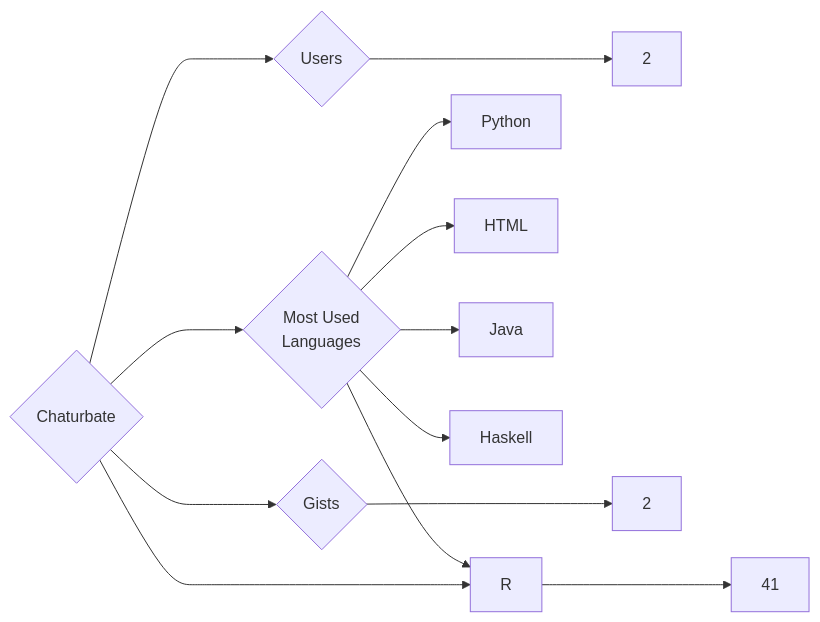
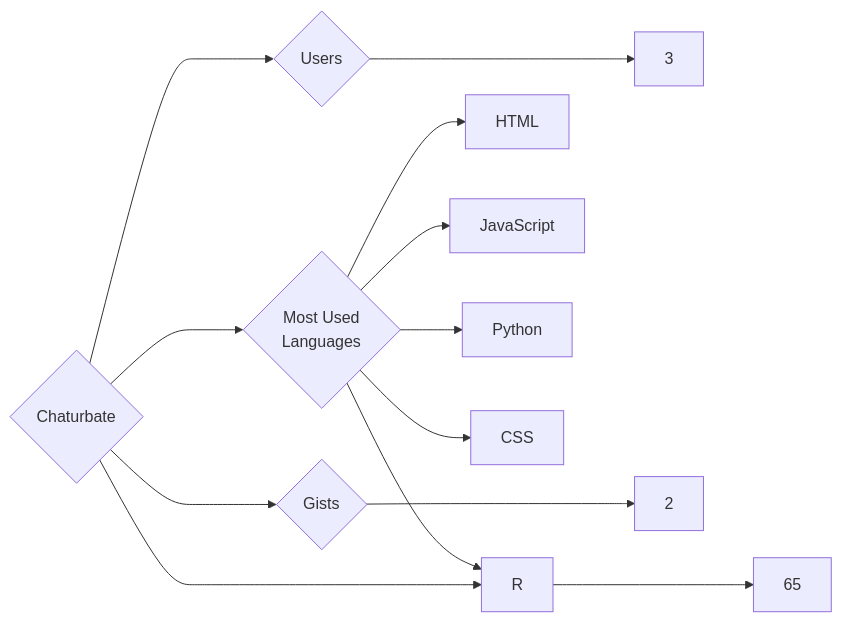
Before and after one commit to trickest/insiders: the diagram in targets/Chaturbate/README.md, drawn with Mermaid. The commit also changed 873 other files, not shown here.

````diff
--- a/targets/Chaturbate/README.md
+++ b/targets/Chaturbate/README.md
@@ -3,13 +3,13 @@
 ```mermaid
 graph LR
 COMPANY_NAME{Chaturbate}
-COMPANY_NAME ---> U{Users} ---> UN[2]
-COMPANY_NAME ---> R{Repositories} ---> RN[41]
+COMPANY_NAME ---> U{Users} ---> UN[3]
+COMPANY_NAME ---> R{Repositories} ---> RN[65]
 COMPANY_NAME ---> G{Gists} ---> GN[2]
 COMPANY_NAME ---> ML{Most Used<br>Languages}
+ML --> HTML[HTML]
+ML --> JavaScript[JavaScript]
 ML --> Python[Python]
-ML --> HTML[HTML]
+ML --> CSS[CSS]
 ML --> R[R]
-ML --> Java[Java]
-ML --> Haskell[Haskell]
 ```
````
